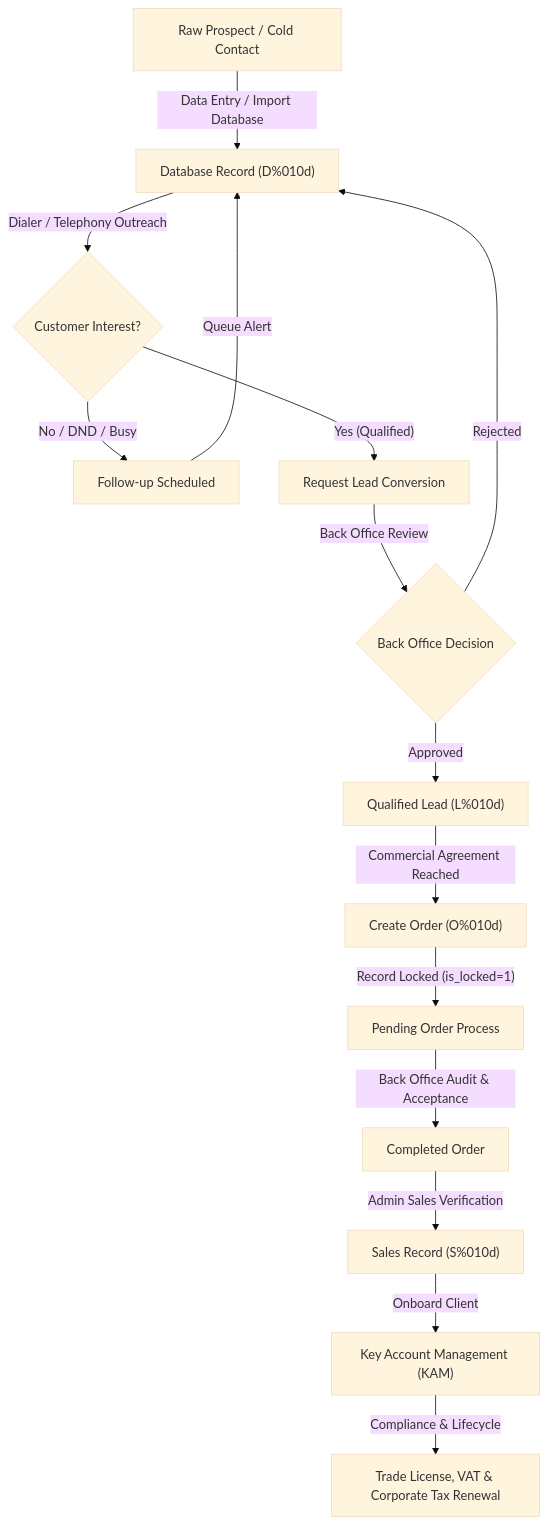
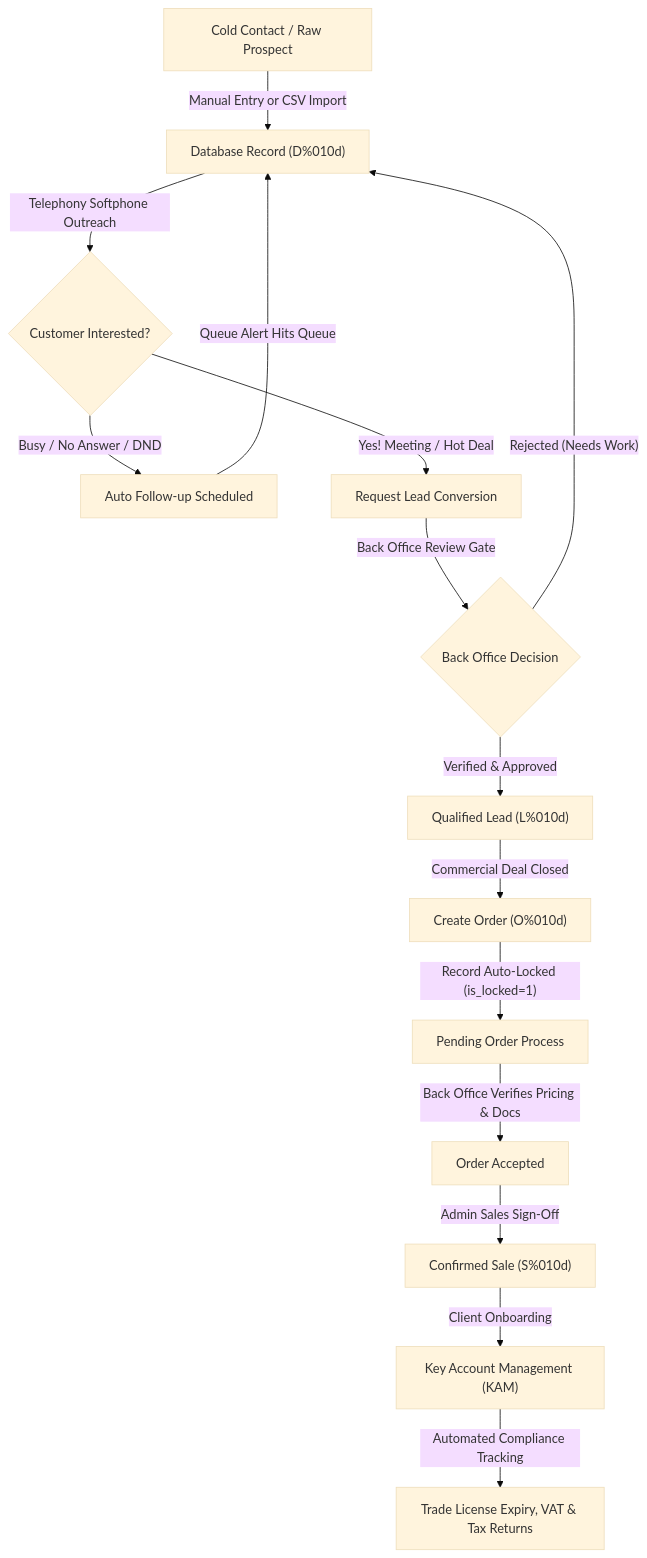
One commit to Reinhart-py/crmV2 changed the diagram in README.md. Above: the diagram before and after it, drawn with Mermaid (base theme). The commit also changed other lines of this file and 12 other files, not shown here.

Commit message:
feat(security): env config, clean database naming, larger donut charts, and refreshed readme

````diff
--- a/README.md
+++ b/README.md
@@ -101,17 +54,17 @@
 ```mermaid
 flowchart TD
-    A["Raw Prospect / Cold Contact"] -->|"Data Entry / Import Database"| B["Database Record (D%010d)"]
-    B -->|"Dialer / Telephony Outreach"| C{"Customer Interest?"}
-    C -->|"No / DND / Busy"| D["Follow-up Scheduled"]
-    D -->|"Queue Alert"| B
-    C -->|"Yes (Qualified)"| E["Request Lead Conversion"]
-    E -->|"Back Office Review"| F{"Back Office Decision"}
-    F -->|"Rejected"| B
-    F -->|"Approved"| G["Qualified Lead (L%010d)"]
-    G -->|"Commercial Agreement Reached"| H["Create Order (O%010d)"]
-    H -->|"Record Locked (is_locked=1)"| I["Pending Order Process"]
-    I -->|"Back Office Audit & Acceptance"| J["Completed Order"]
-    J -->|"Admin Sales Verification"| K["Sales Record (S%010d)"]
-    K -->|"Onboard Client"| L["Key Account Management (KAM)"]
-    L -->|"Compliance & Lifecycle"| M["Trade License, VAT & Corporate Tax Renewal"]
+    A["Cold Contact / Raw Prospect"] -->|"Manual Entry or CSV Import"| B["Database Record (D%010d)"]
+    B -->|"Telephony Softphone Outreach"| C{"Customer Interested?"}
+    C -->|"Busy / No Answer / DND"| D["Auto Follow-up Scheduled"]
+    D -->|"Queue Alert Hits Queue"| B
+    C -->|"Yes! Meeting / Hot Deal"| E["Request Lead Conversion"]
+    E -->|"Back Office Review Gate"| F{"Back Office Decision"}
+    F -->|"Rejected (Needs Work)"| B
+    F -->|"Verified & Approved"| G["Qualified Lead (L%010d)"]
+    G -->|"Commercial Deal Closed"| H["Create Order (O%010d)"]
+    H -->|"Record Auto-Locked (is_locked=1)"| I["Pending Order Process"]
+    I -->|"Back Office Verifies Pricing & Docs"| J["Order Accepted"]
+    J -->|"Admin Sales Sign-Off"| K["Confirmed Sale (S%010d)"]
+    K -->|"Client Onboarding"| L["Key Account Management (KAM)"]
+    L -->|"Automated Compliance Tracking"| M["Trade License Expiry, VAT & Tax Returns"]
 ```
````
